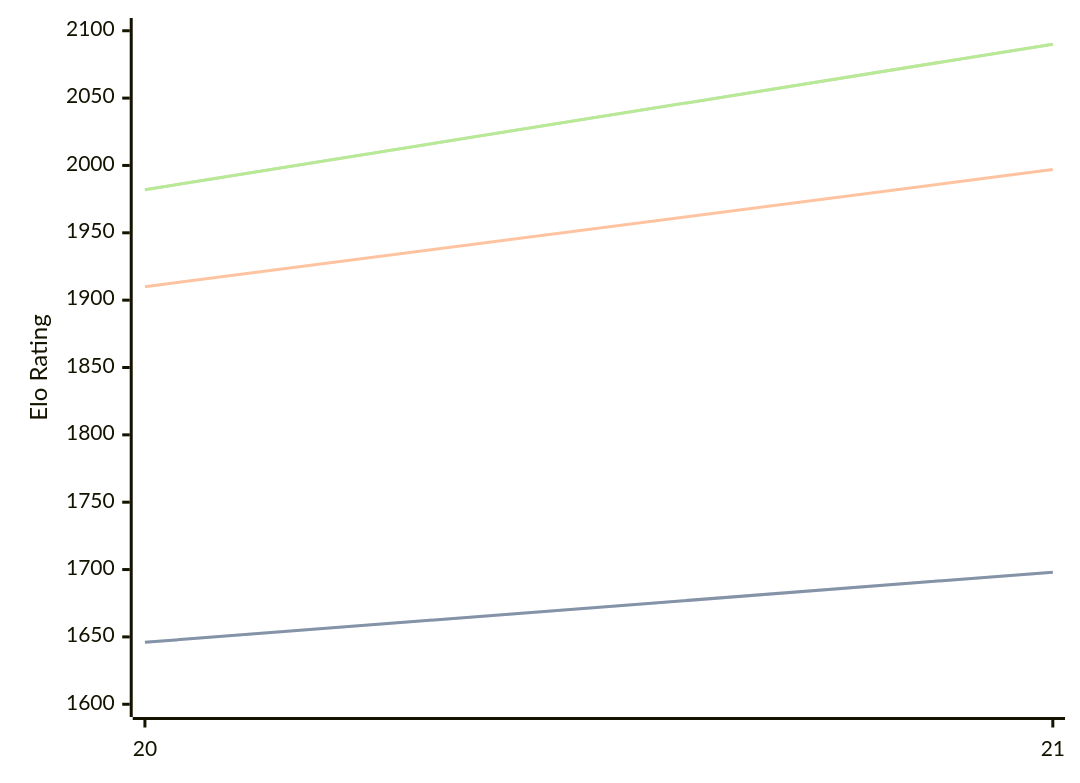
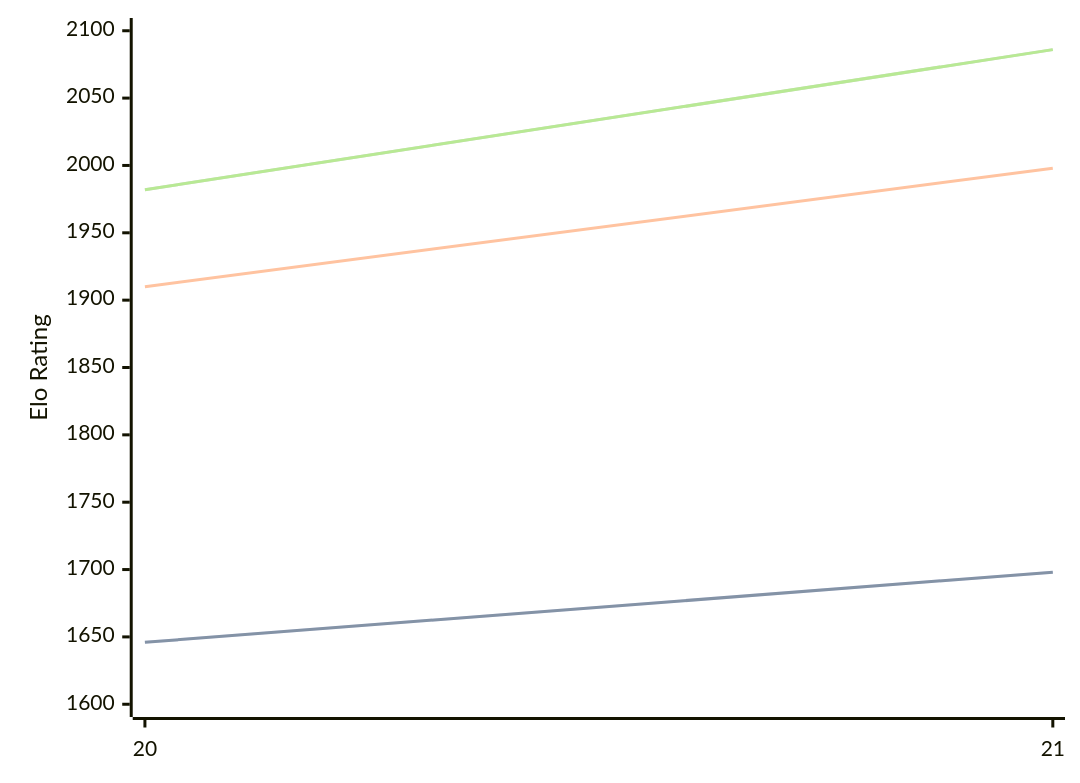
Before and after one commit to computer-chess-index/cci: the diagram in engines/PurplePanda.md, drawn with Mermaid. The commit also changed other lines of this file, not shown here.

Commit message:
Update CCI Ratings (ELO VLTC) - 2026-08-29

````diff
--- a/engines/PurplePanda.md
+++ b/engines/PurplePanda.md
@@ -32,11 +32,11 @@
 ```mermaid
 %%{init: {"theme":"base","themeVariables":{"seriesColors:['#a3a3a3','#222221','#faa371']}}}%%
 xychart-beta
   x-axis ["20", "21"]
   y-axis "Elo Rating" 1600 --> 2100
   line "" [1646, 1698]
   line "STC (8.0+0.08s)" [1646, 1698]
-  line "LTC (60.0+0.60s)" [1910, 1997]
-  line "" [1982, 2090]
-  line "VLTC (2m24s+1.12s)" [1982, 2090]
+  line "LTC (60.0+0.60s)" [1910, 1998]
+  line "" [1982, 2086]
+  line "VLTC (2m24s+1.12s)" [1982, 2086]
 ```
````
